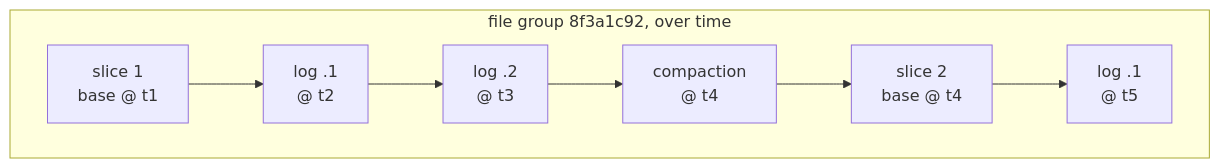
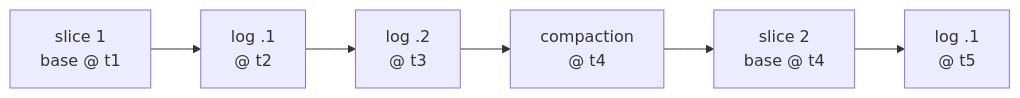
The diagram in _drafts/2026-09-15-HudiMergeOnRead.md (rangareddy/rangareddy.github.io), drawn with Mermaid before and after one commit. The commit also changed other lines of this file and 4 other files, not shown here.

````diff
--- a/_drafts/2026-09-15-HudiMergeOnRead.md
+++ b/_drafts/2026-09-15-HudiMergeOnRead.md
@@ -76,11 +79,8 @@
 ```mermaid
-flowchart TB
-  subgraph FG["file group 8f3a1c92, over time"]
-    direction LR
-    S1["slice 1<br/>base @ t1"] --> L1["log .1<br/>@ t2"]
-    L1 --> L2["log .2<br/>@ t3"]
-    L2 --> CP["compaction<br/>@ t4"]
-    CP --> S2["slice 2<br/>base @ t4"]
-    S2 --> L3["log .1<br/>@ t5"]
-  end
+flowchart LR
+  S1["slice 1<br/>base @ t1"] --> L1["log .1<br/>@ t2"]
+  L1 --> L2["log .2<br/>@ t3"]
+  L2 --> CP["compaction<br/>@ t4"]
+  CP --> S2["slice 2<br/>base @ t4"]
+  S2 --> L3["log .1<br/>@ t5"]
 ```
````
